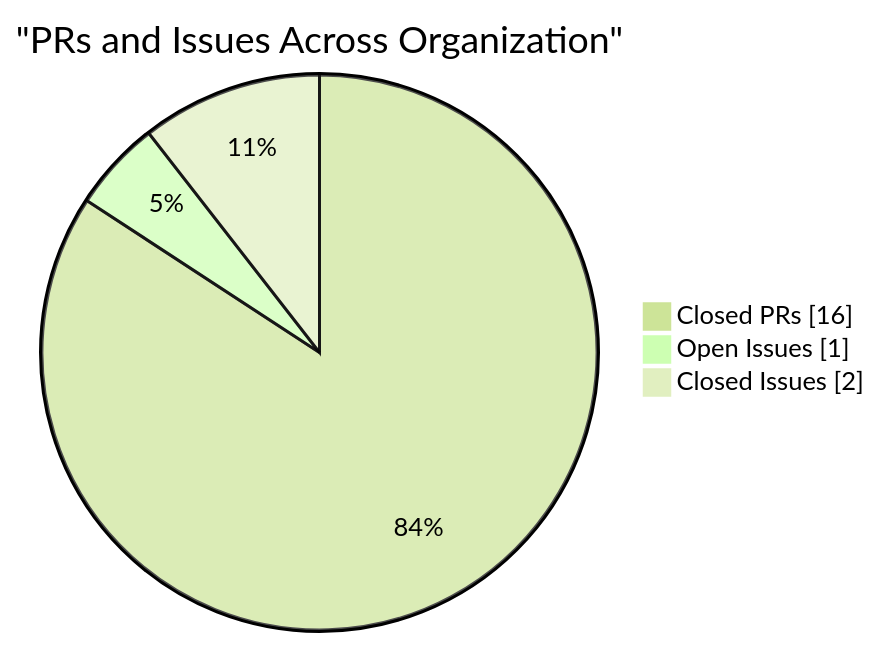
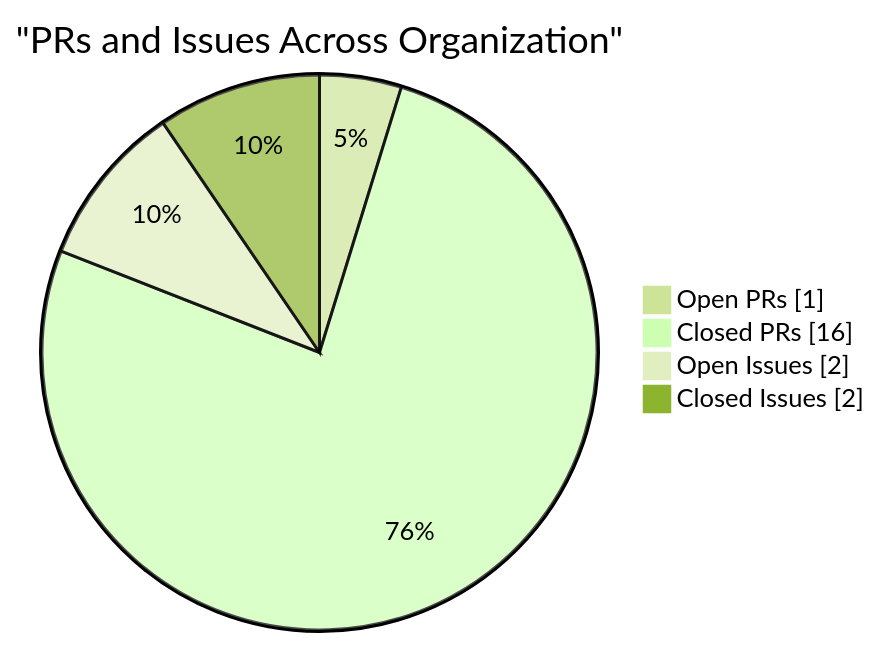
One commit to CSTH-Projects/.github changed the fourth of 4 diagrams in profile/README.md. Above: the diagram before and after it, drawn with Mermaid (forest theme). The commit also changed other lines of this file, not shown here.

````diff
--- a/profile/README.md
+++ b/profile/README.md
@@ -97,7 +97,8 @@
 ```mermaid
 pie showData
     title "PRs and Issues Across Organization"
+    "Open PRs" : 1
     "Closed PRs" : 16
-    "Open Issues" : 1
+    "Open Issues" : 2
     "Closed Issues" : 2
 ```
````
